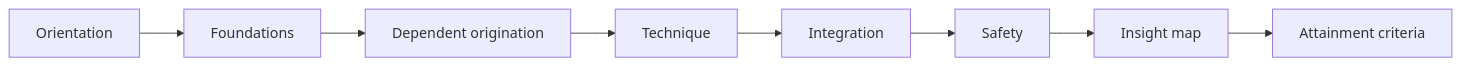
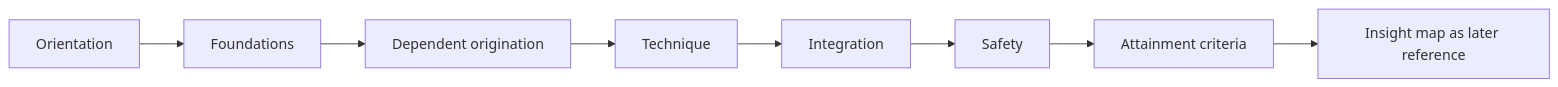
Before and after one commit to streamentry/streamentry: the first of 3 diagrams in book/chapters/AGENTS.md, drawn with Mermaid. The commit also changed other lines of this file and 45 other files, not shown here.

````diff
--- a/book/chapters/AGENTS.md
+++ b/book/chapters/AGENTS.md
@@ -23,4 +24,4 @@
 ```mermaid
 flowchart LR
-  A["Orientation"] --> B["Foundations"] --> C["Dependent origination"] --> D["Technique"] --> E["Integration"] --> F["Safety"] --> G["Insight map"] --> H["Attainment criteria"]
+  A["Orientation"] --> B["Foundations"] --> C["Dependent origination"] --> D["Technique"] --> E["Integration"] --> F["Safety"] --> G["Attainment criteria"] --> H["Insight map as later reference"]
 ```
````
